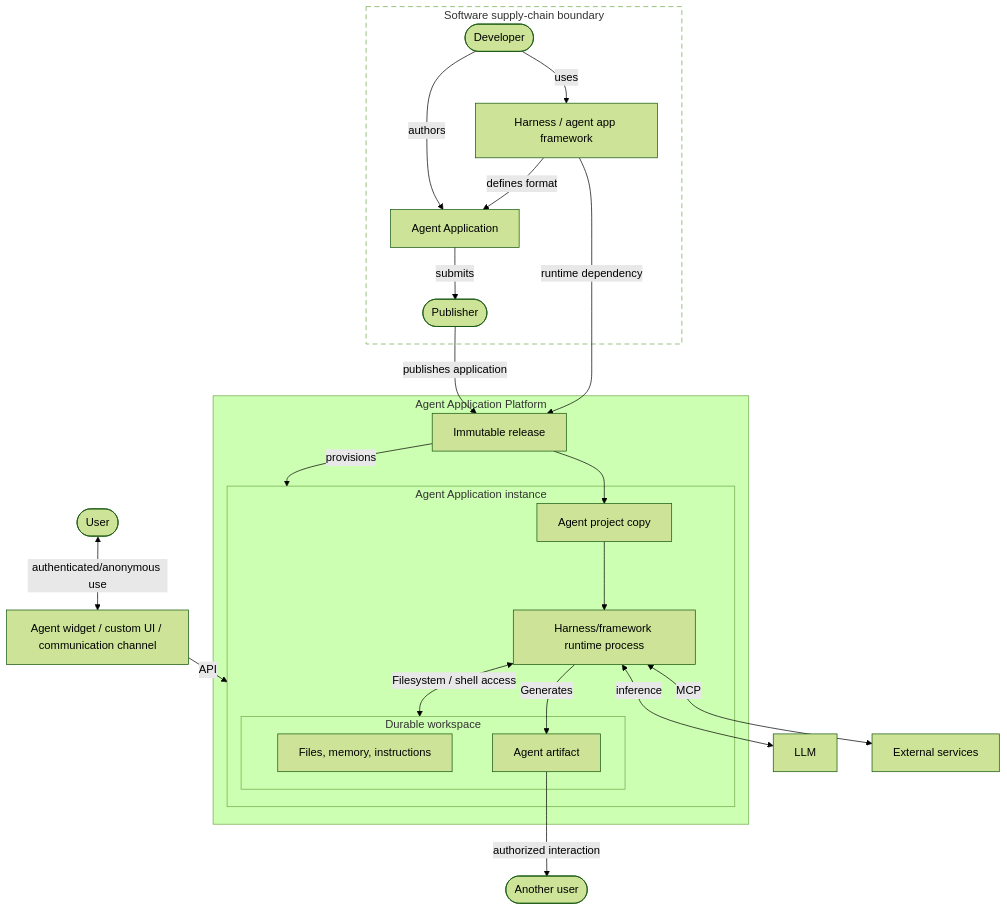
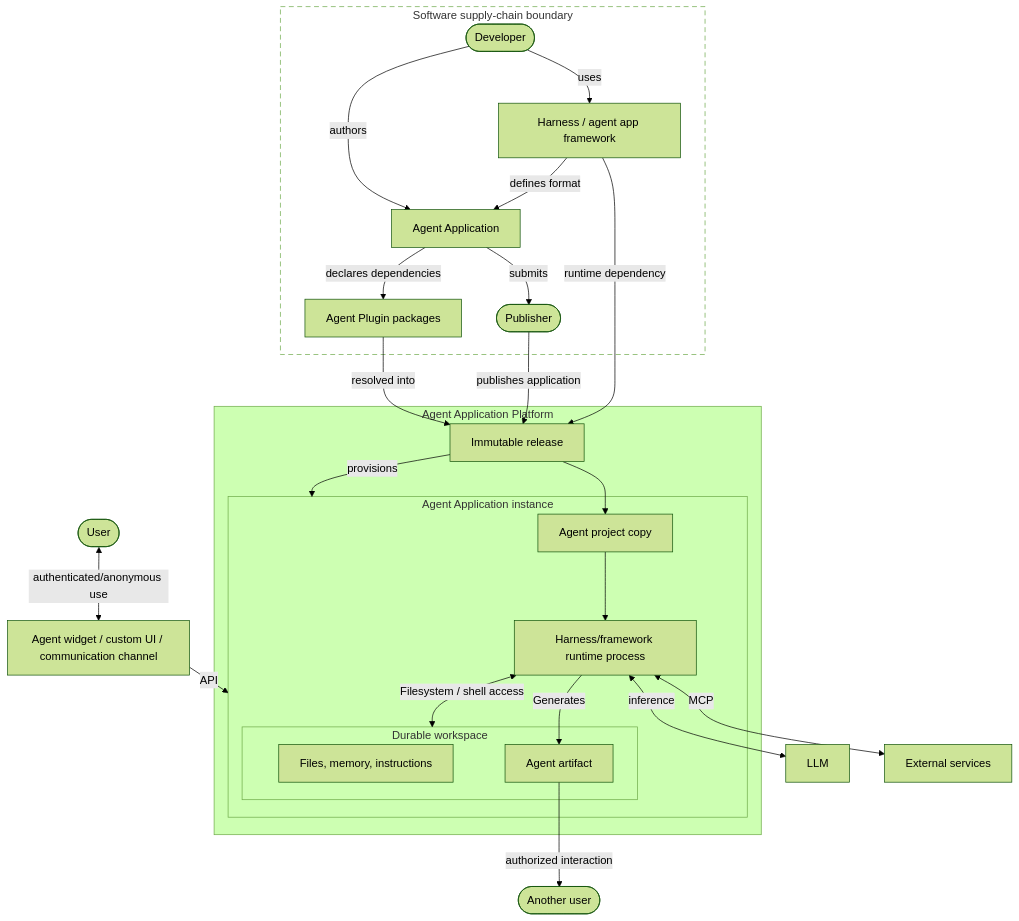
Before and after one commit to agentapplication/agentapplication: the diagram in docs/paper.mdx, drawn with Mermaid (forest theme). The commit also changed other lines of this file and 14 other files, not shown here.

````diff
--- a/docs/paper.mdx
+++ b/docs/paper.mdx
@@ -33,44 +39,47 @@
 ```mermaid placement="top-right"
 ---
 config:
   layout: dagre
 ---
 flowchart TB
       subgraph SupplyChain["Software supply-chain boundary"]
             Developer(["Developer"])
             Framework["Harness / agent app framework"]
             Application["Agent Application"]
+            Plugins["Agent Plugin packages"]
             Publisher(["Publisher"])
       end
       subgraph Workspace["Durable workspace"]
             State["Files, memory, instructions"]
             Artifact["Agent artifact"]
       end
       subgraph Instance["Agent Application instance"]
             Process["Harness/framework runtime process"]
             ProjectCopy["Agent project copy"]
             Workspace
       end
       subgraph Platform["Agent Application Platform"]
             Release["Immutable release"]
             Instance
       end
 
       Developer -- uses --> Framework
       Developer -- authors --> Application
       Framework -- defines format --> Application
+      Application -- declares dependencies --> Plugins
       Application -- submits --> Publisher
+      Plugins -- resolved into --> Release
       Release -- provisions --> Instance
       Publisher -- publishes application --> Release
       Framework -- runtime dependency --> Release
       Process <-- inference --> LLM["LLM"]
       User(["User"]) <-- authenticated/anonymous use --> UI["Agent widget / custom UI / communication channel"] -- API --> Instance
       Artifact -- authorized interaction --> OtherUser(["Another user"])
       Process <-- MCP --> External["External services"]
       Process <-- Filesystem / shell access --> Workspace
       Process -- Generates --> Artifact
       Release --> ProjectCopy
       ProjectCopy --> Process
 
       style SupplyChain fill:transparent,stroke-dasharray:7 5
 ```
````
